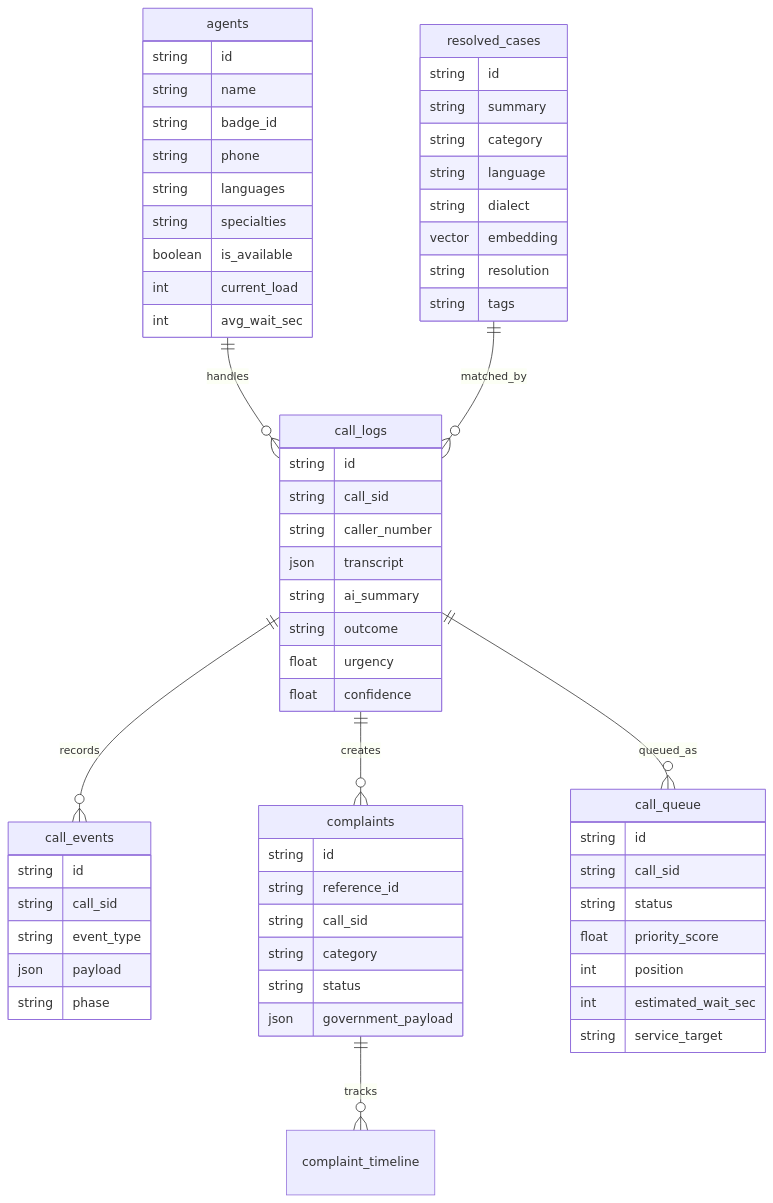
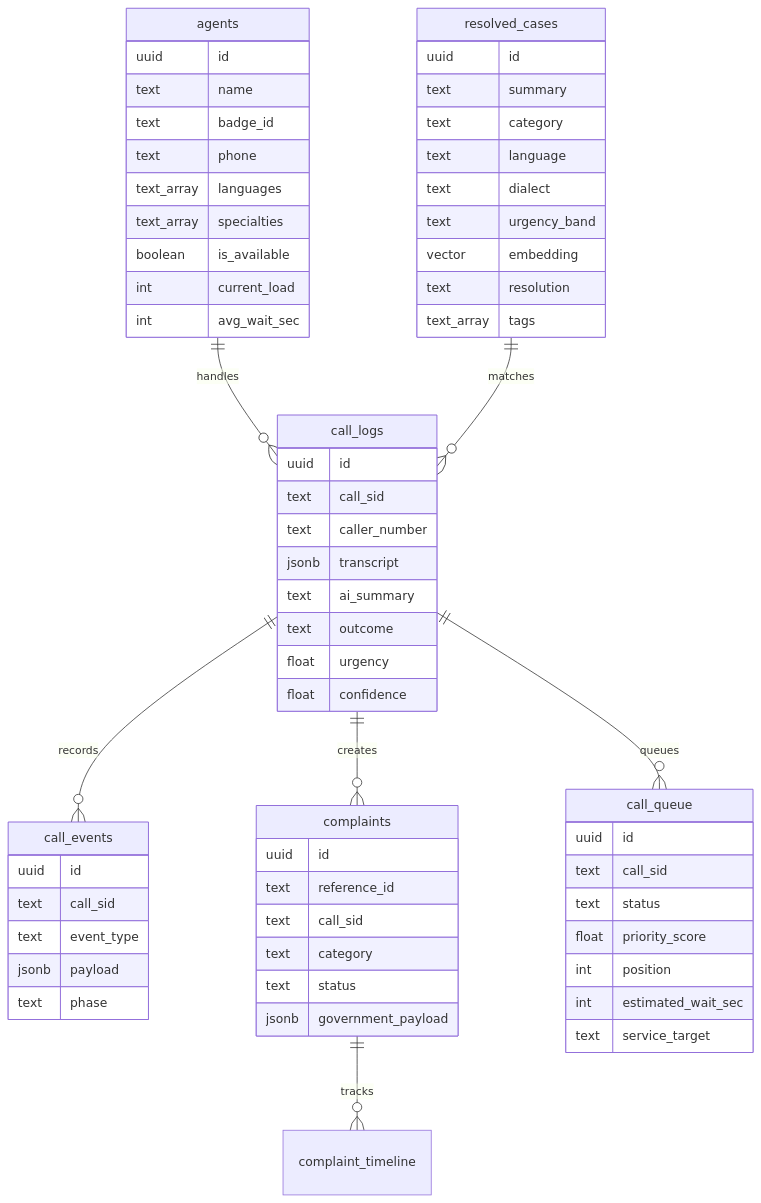
The fourth of 5 diagrams in README.md (riyaz-02/Sahayak-1092), drawn with Mermaid before and after one commit. The commit also changed other lines of this file and 22 other files, not shown here.

````diff
--- a/README.md
+++ b/README.md
@@ -139,70 +163,71 @@
 ```mermaid
 erDiagram
-    agents ||--o{ call_logs : "handles"
-    resolved_cases ||--o{ call_logs : "matched_by"
-    call_logs ||--o{ call_events : "records"
-    call_logs ||--o{ complaints : "creates"
-    complaints ||--o{ complaint_timeline : "tracks"
-    call_logs ||--o{ call_queue : "queued_as"
+    agents ||--o{ call_logs : handles
+    resolved_cases ||--o{ call_logs : matches
+    call_logs ||--o{ call_events : records
+    call_logs ||--o{ complaints : creates
+    complaints ||--o{ complaint_timeline : tracks
+    call_logs ||--o{ call_queue : queues
 
     agents {
-        string id
-        string name
-        string badge_id
-        string phone
-        string languages
-        string specialties
+        uuid id
+        text name
+        text badge_id
+        text phone
+        text_array languages
+        text_array specialties
         boolean is_available
         int current_load
         int avg_wait_sec
     }
 
     resolved_cases {
-        string id
-        string summary
-        string category
-        string language
-        string dialect
+        uuid id
+        text summary
+        text category
+        text language
+        text dialect
+        text urgency_band
         vector embedding
-        string resolution
-        string tags
+        text resolution
+        text_array tags
     }
 
     call_logs {
-        string id
-        string call_sid
-        string caller_number
-        json transcript
-        string ai_summary
-        string outcome
+        uuid id
+        text call_sid
+        text caller_number
+        jsonb transcript
+        text ai_summary
+        text outcome
         float urgency
         float confidence
     }
 
     call_events {
-        string id
-        string call_sid
-        string event_type
-        json payload
-        string phase
+        uuid id
+        text call_sid
+        text event_type
+        jsonb payload
+        text phase
     }
 
     complaints {
-        string id
-        string reference_id
-        string call_sid
-        string category
-        string status
-        json government_payload
+        uuid id
+        text reference_id
+        text call_sid
+        text category
+        text status
+        jsonb government_payload
     }
 
     call_queue {
-        string id
-        string call_sid
-        string status
+        uuid id
+        text call_sid
+        text status
         float priority_score
         int position
         int estimated_wait_sec
-        string service_target
+        text service_target
     }
 ```
````
